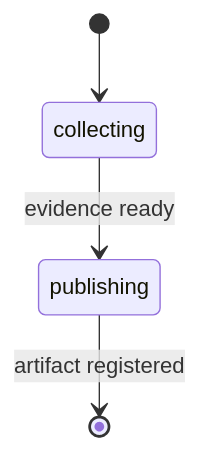
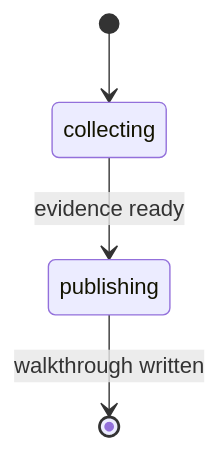
Before and after one commit to rp1-run/rp1: the diagram in docs/reference/dev/pr-walkthrough.md, drawn with Mermaid. The commit also changed other lines of this file and 41 other files, not shown here.

````diff
--- a/docs/reference/dev/pr-walkthrough.md
+++ b/docs/reference/dev/pr-walkthrough.md
@@ -53,6 +61,6 @@
 ```mermaid
 stateDiagram-v2
     [*] --> collecting
     collecting --> publishing : evidence ready
-    publishing --> [*] : artifact registered
+    publishing --> [*] : walkthrough written
 ```
````
